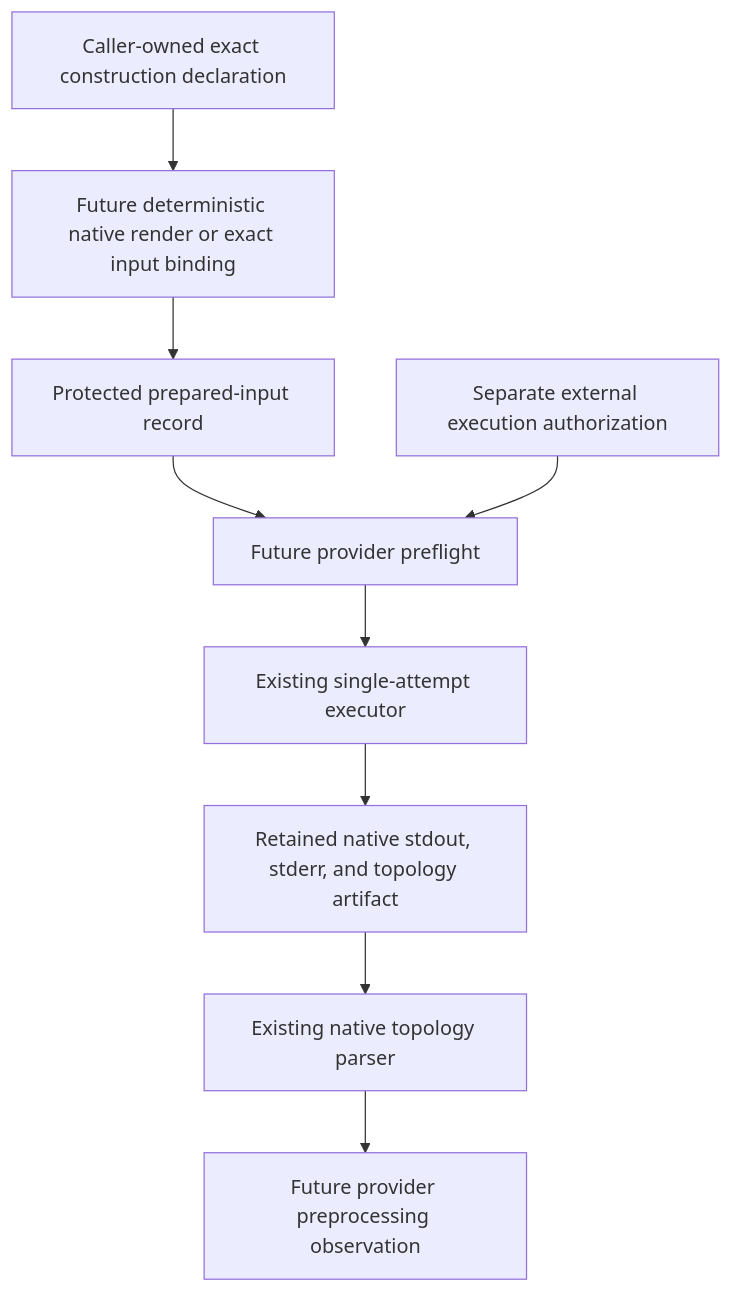
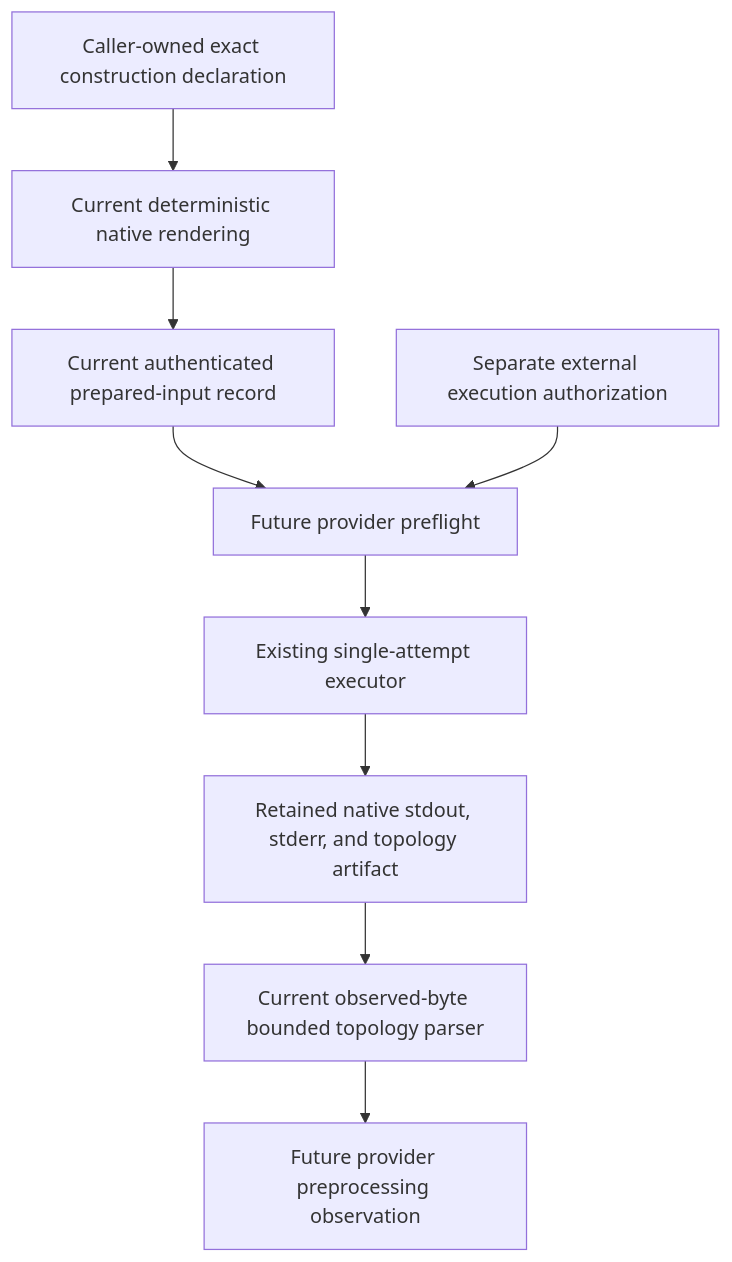
One commit to eragasa/projectkoios-simulations changed the first of 2 diagrams in docs/architecture/projectkoios/integrations/wannier90/preprocessing/schematics.md. Above: the diagram before and after it, drawn with Mermaid. The commit also changed other lines of this file and 7 other files, not shown here.

````diff
--- a/docs/architecture/projectkoios/integrations/wannier90/preprocessing/schematics.md
+++ b/docs/architecture/projectkoios/integrations/wannier90/preprocessing/schematics.md
@@ -8,17 +8,17 @@
 ```mermaid
 flowchart TD
     declaration[Caller-owned exact construction declaration]
-    render[Future deterministic native render or exact input binding]
-    prepared[Protected prepared-input record]
+    render[Current deterministic native rendering]
+    prepared[Current authenticated prepared-input record]
     authority[Separate external execution authorization]
     preflight[Future provider preflight]
     executor[Existing single-attempt executor]
     native[Retained native stdout, stderr, and topology artifact]
-    parse[Existing native topology parser]
+    parse[Current observed-byte bounded topology parser]
     observation[Future provider preprocessing observation]
 
     declaration --> render --> prepared
     prepared --> preflight
     authority --> preflight
     preflight --> executor --> native --> parse --> observation
 ```
````
